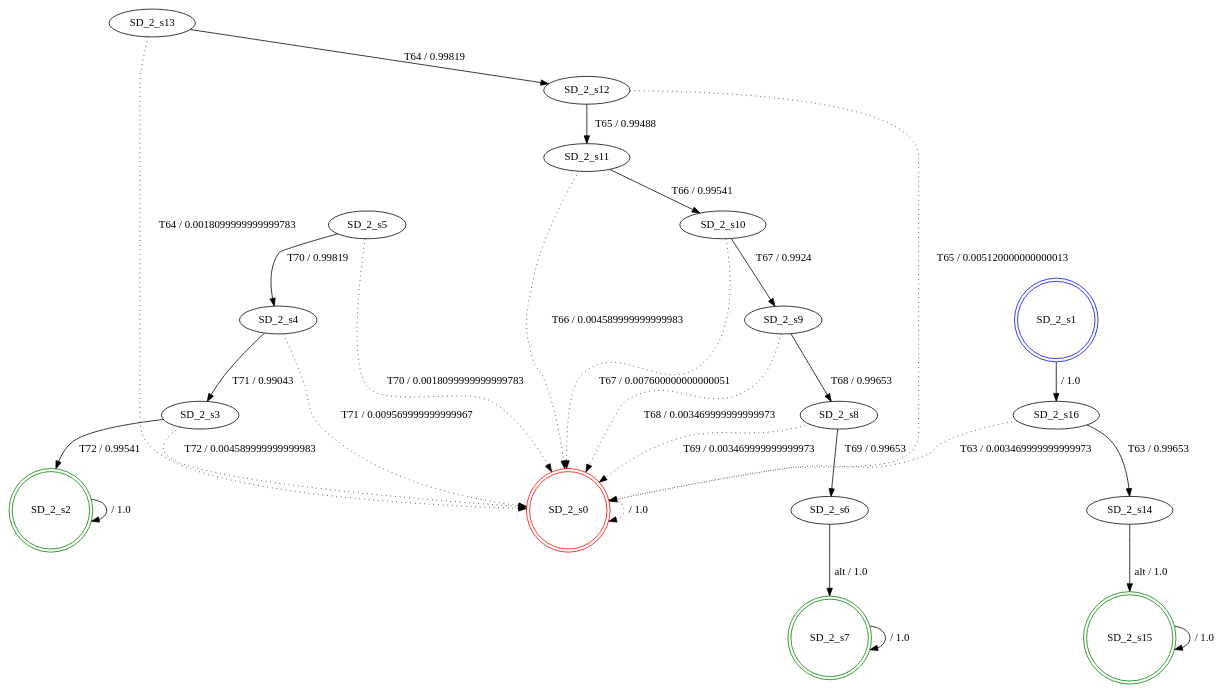
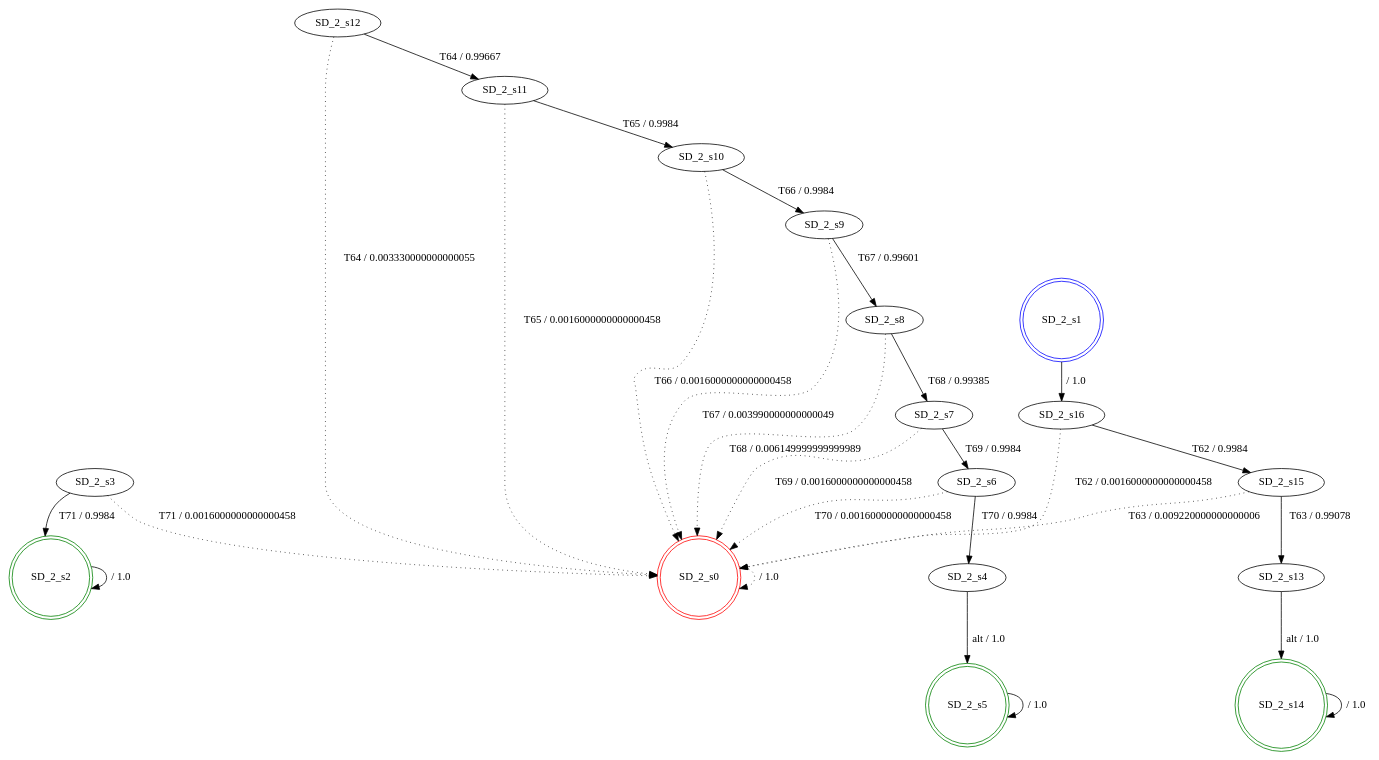
Before and after one commit to SPLMC/spl-generator: the diagram in src/results_joao/fdtmc_SD_2.dot, drawn with Graphviz. The commit also changed 34 other files, not shown here.

```diff
--- a/src/results_joao/fdtmc_SD_2.dot
+++ b/src/results_joao/fdtmc_SD_2.dot
@@ -1,46 +1,46 @@
 digraph graphname {
 SD_2_s0 [label="SD_2_s0",color=red,shape=doublecircle ];
 SD_2_s1 [label="SD_2_s1",color=blue,shape=doublecircle ];
 SD_2_s2 [label="SD_2_s2",color=green,shape=doublecircle ];
 SD_2_s3 [label="SD_2_s3" ];
 SD_2_s4 [label="SD_2_s4" ];
-SD_2_s5 [label="SD_2_s5" ];
+SD_2_s5 [label="SD_2_s5",color=green,shape=doublecircle ];
 SD_2_s6 [label="SD_2_s6" ];
-SD_2_s7 [label="SD_2_s7",color=green,shape=doublecircle ];
+SD_2_s7 [label="SD_2_s7" ];
 SD_2_s8 [label="SD_2_s8" ];
 SD_2_s9 [label="SD_2_s9" ];
 SD_2_s10 [label="SD_2_s10" ];
 SD_2_s11 [label="SD_2_s11" ];
 SD_2_s12 [label="SD_2_s12" ];
 SD_2_s13 [label="SD_2_s13" ];
-SD_2_s14 [label="SD_2_s14" ];
-SD_2_s15 [label="SD_2_s15",color=green,shape=doublecircle ];
+SD_2_s14 [label="SD_2_s14",color=green,shape=doublecircle ];
+SD_2_s15 [label="SD_2_s15" ];
 SD_2_s16 [label="SD_2_s16" ];
 SD_2_s0 -> SD_2_s0 [label=" / 1.0", style=dotted];
 SD_2_s1 -> SD_2_s16 [label=" / 1.0"];
 SD_2_s2 -> SD_2_s2 [label=" / 1.0"];
-SD_2_s3 -> SD_2_s2 [label="T72 / 0.99541"];
-SD_2_s3 -> SD_2_s0 [label="T72 / 0.004589999999999983", style=dotted];
-SD_2_s4 -> SD_2_s3 [label="T71 / 0.99043"];
-SD_2_s4 -> SD_2_s0 [label="T71 / 0.009569999999999967", style=dotted];
-SD_2_s5 -> SD_2_s4 [label="T70 / 0.99819"];
-SD_2_s5 -> SD_2_s0 [label="T70 / 0.0018099999999999783", style=dotted];
-SD_2_s6 -> SD_2_s7 [label="alt / 1.0"];
-SD_2_s7 -> SD_2_s7 [label=" / 1.0"];
-SD_2_s8 -> SD_2_s6 [label="T69 / 0.99653"];
-SD_2_s8 -> SD_2_s0 [label="T69 / 0.003469999999999973", style=dotted];
-SD_2_s9 -> SD_2_s8 [label="T68 / 0.99653"];
-SD_2_s9 -> SD_2_s0 [label="T68 / 0.003469999999999973", style=dotted];
-SD_2_s10 -> SD_2_s9 [label="T67 / 0.9924"];
-SD_2_s10 -> SD_2_s0 [label="T67 / 0.007600000000000051", style=dotted];
-SD_2_s11 -> SD_2_s10 [label="T66 / 0.99541"];
-SD_2_s11 -> SD_2_s0 [label="T66 / 0.004589999999999983", style=dotted];
-SD_2_s12 -> SD_2_s11 [label="T65 / 0.99488"];
-SD_2_s12 -> SD_2_s0 [label="T65 / 0.005120000000000013", style=dotted];
-SD_2_s13 -> SD_2_s12 [label="T64 / 0.99819"];
-SD_2_s13 -> SD_2_s0 [label="T64 / 0.0018099999999999783", style=dotted];
-SD_2_s14 -> SD_2_s15 [label="alt / 1.0"];
-SD_2_s15 -> SD_2_s15 [label=" / 1.0"];
-SD_2_s16 -> SD_2_s14 [label="T63 / 0.99653"];
-SD_2_s16 -> SD_2_s0 [label="T63 / 0.003469999999999973", style=dotted];
+SD_2_s3 -> SD_2_s2 [label="T71 / 0.9984"];
+SD_2_s3 -> SD_2_s0 [label="T71 / 0.0016000000000000458", style=dotted];
+SD_2_s4 -> SD_2_s5 [label="alt / 1.0"];
+SD_2_s5 -> SD_2_s5 [label=" / 1.0"];
+SD_2_s6 -> SD_2_s4 [label="T70 / 0.9984"];
+SD_2_s6 -> SD_2_s0 [label="T70 / 0.0016000000000000458", style=dotted];
+SD_2_s7 -> SD_2_s6 [label="T69 / 0.9984"];
+SD_2_s7 -> SD_2_s0 [label="T69 / 0.0016000000000000458", style=dotted];
+SD_2_s8 -> SD_2_s7 [label="T68 / 0.99385"];
+SD_2_s8 -> SD_2_s0 [label="T68 / 0.006149999999999989", style=dotted];
+SD_2_s9 -> SD_2_s8 [label="T67 / 0.99601"];
+SD_2_s9 -> SD_2_s0 [label="T67 / 0.003990000000000049", style=dotted];
+SD_2_s10 -> SD_2_s9 [label="T66 / 0.9984"];
+SD_2_s10 -> SD_2_s0 [label="T66 / 0.0016000000000000458", style=dotted];
+SD_2_s11 -> SD_2_s10 [label="T65 / 0.9984"];
+SD_2_s11 -> SD_2_s0 [label="T65 / 0.0016000000000000458", style=dotted];
+SD_2_s12 -> SD_2_s11 [label="T64 / 0.99667"];
+SD_2_s12 -> SD_2_s0 [label="T64 / 0.003330000000000055", style=dotted];
+SD_2_s13 -> SD_2_s14 [label="alt / 1.0"];
+SD_2_s14 -> SD_2_s14 [label=" / 1.0"];
+SD_2_s15 -> SD_2_s13 [label="T63 / 0.99078"];
+SD_2_s15 -> SD_2_s0 [label="T63 / 0.009220000000000006", style=dotted];
+SD_2_s16 -> SD_2_s15 [label="T62 / 0.9984"];
+SD_2_s16 -> SD_2_s0 [label="T62 / 0.0016000000000000458", style=dotted];
 }
```
